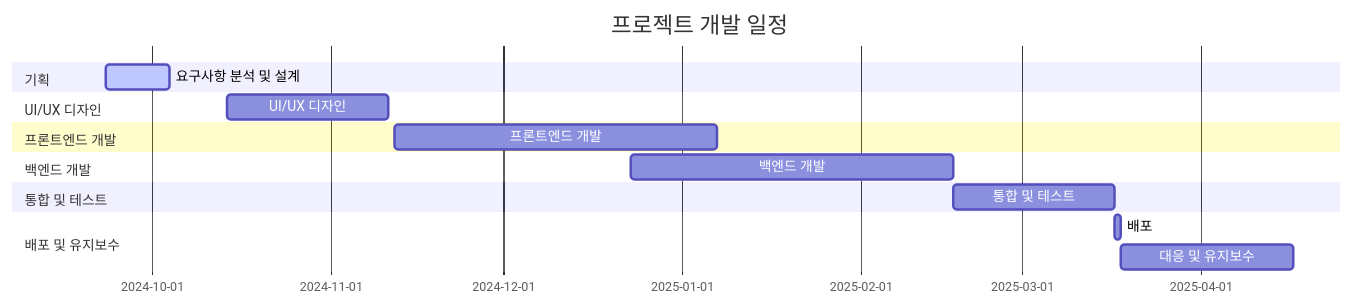
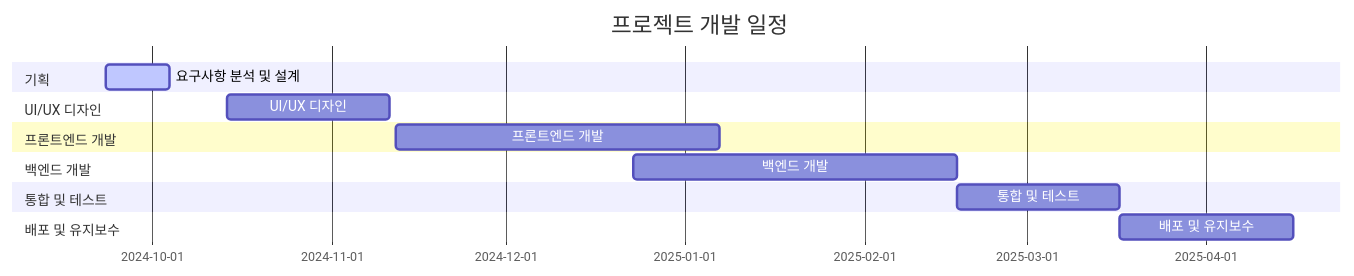
One commit to jurilee/iui-version-control changed the diagram in README.md. Above: the diagram before and after it, drawn with Mermaid.

````diff
--- a/README.md
+++ b/README.md
@@ -1,19 +1,18 @@
 ```mermaid
 gantt
     title 프로젝트 개발 일정
     dateFormat  YYYY-MM-DD
     todayMarker off
     section 기획
     요구사항 분석 및 설계        :active, 2024-09-23, 2024-10-04
     section UI/UX 디자인
     UI/UX 디자인               :2024-10-14, 2024-11-11
     section 프론트엔드 개발
     프론트엔드 개발            :2024-11-12, 56d
     section 백엔드 개발
     백엔드 개발                :2024-12-23, 56d
     section 통합 및 테스트
     통합 및 테스트              :2025-02-17, 28d
     section 배포 및 유지보수
-    배포                    : 2025-03-17, 1d
-    대응 및 유지보수 : 2025-03-18, 30d
+    배포 및 유지보수            : 2025-03-17, 30d
 ```
````
